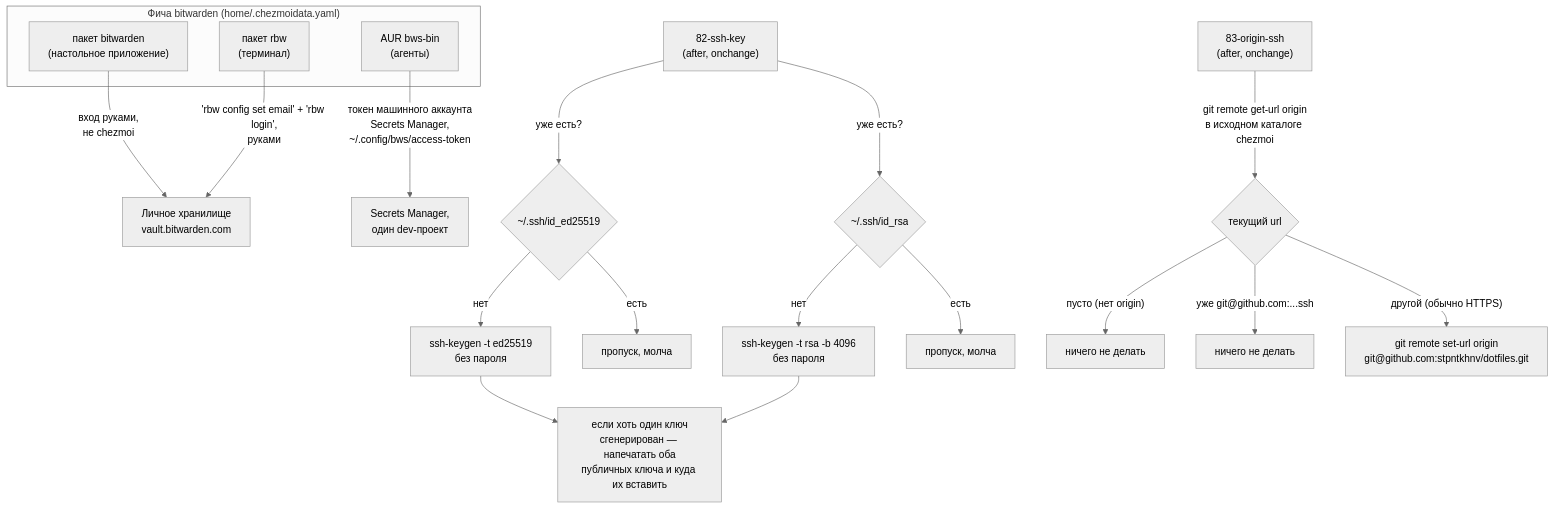
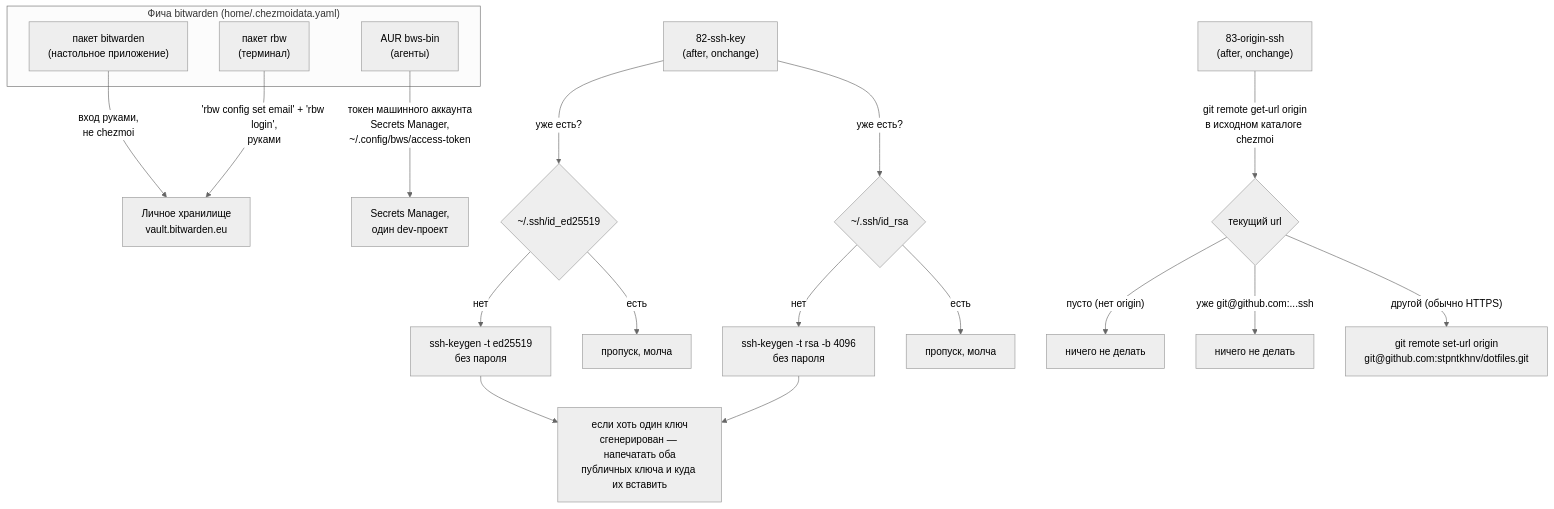
One commit to stpntkhnv/dotfiles changed the diagram in docs/secrets.md. Above: the diagram before and after it, drawn with Mermaid (neutral theme). The commit also changed other lines of this file and 3 other files, not shown here.

````diff
--- a/docs/secrets.md
+++ b/docs/secrets.md
@@ -36,26 +36,26 @@
 ```mermaid
 flowchart TD
     subgraph BW["Фича bitwarden (home/.chezmoidata.yaml)"]
         DESK["пакет bitwarden<br/>(настольное приложение)"]
         RBW["пакет rbw<br/>(терминал)"]
         BWS["AUR bws-bin<br/>(агенты)"]
     end
 
-    DESK -->|"вход руками,<br/>не chezmoi"| VAULT["Личное хранилище<br/>vault.bitwarden.com"]
+    DESK -->|"вход руками,<br/>не chezmoi"| VAULT["Личное хранилище<br/>vault.bitwarden.eu"]
     RBW -->|"'rbw config set email' + 'rbw login',<br/>руками"| VAULT
     BWS -->|"токен машинного аккаунта<br/>Secrets Manager,<br/>~/.config/bws/access-token"| SM["Secrets Manager,<br/>один dev-проект"]
 
     S82["82-ssh-key<br/>(after, onchange)"] -->|"уже есть?"| EDCHECK{"~/.ssh/id_ed25519"}
     EDCHECK -->|нет| EDGEN["ssh-keygen -t ed25519<br/>без пароля"]
     EDCHECK -->|есть| EDSKIP["пропуск, молча"]
     S82 -->|"уже есть?"| RSACHECK{"~/.ssh/id_rsa"}
     RSACHECK -->|нет| RSAGEN["ssh-keygen -t rsa -b 4096<br/>без пароля"]
     RSACHECK -->|есть| RSASKIP["пропуск, молча"]
     EDGEN --> PRINT["если хоть один ключ<br/>сгенерирован — напечатать оба<br/>публичных ключа и куда их вставить"]
     RSAGEN --> PRINT
 
     S83["83-origin-ssh<br/>(after, onchange)"] -->|"git remote get-url origin<br/>в исходном каталоге chezmoi"| CUR{"текущий url"}
     CUR -->|"пусто (нет origin)"| NOOP1["ничего не делать"]
     CUR -->|"уже git@github.com:...ssh"| NOOP2["ничего не делать"]
     CUR -->|"другой (обычно HTTPS)"| SWITCH["git remote set-url origin<br/>git@github.com:stpntkhnv/dotfiles.git"]
 ```
````
